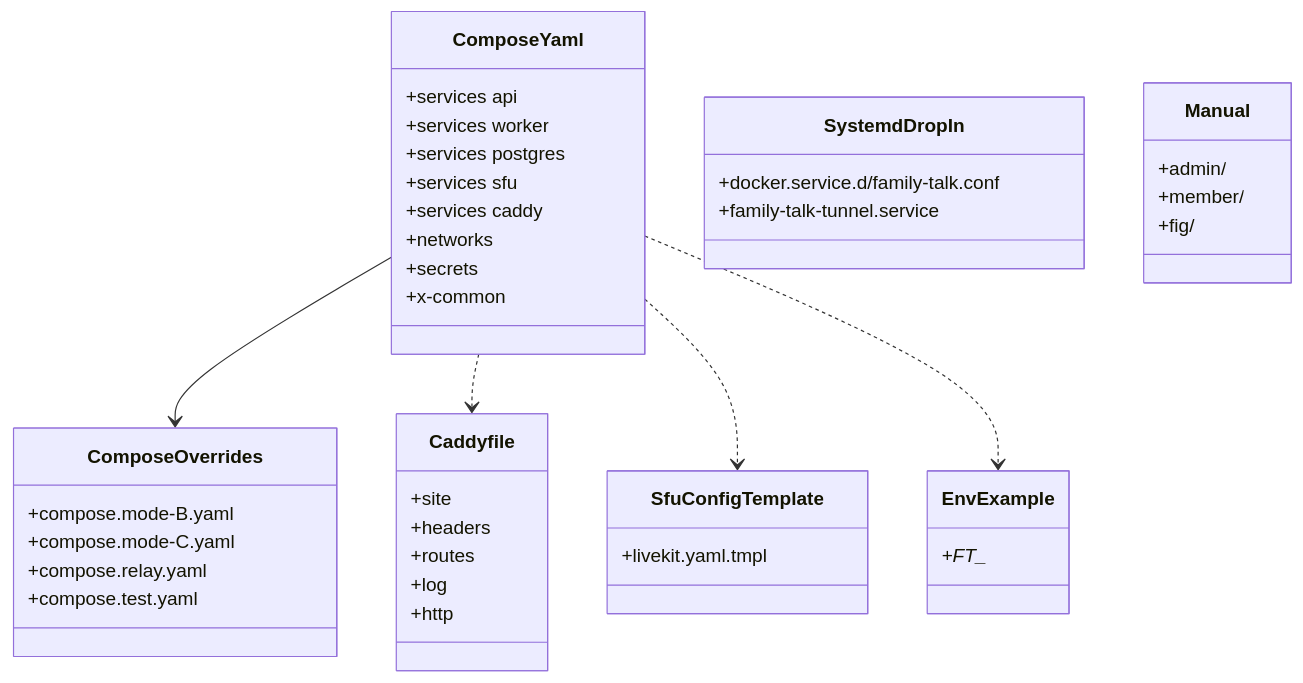
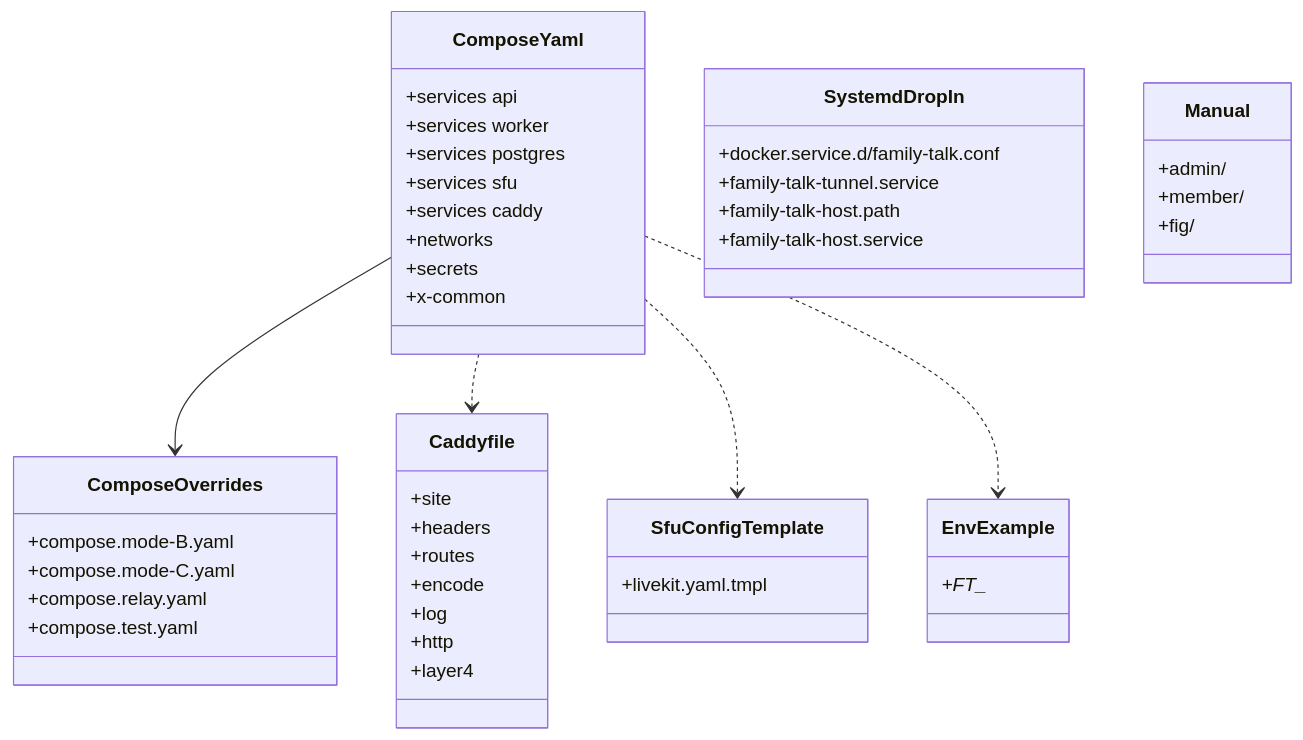
The diagram in dev/docs/jp/ブロック/deploy.md (nrsd-ishikawasou/family-talk-pwa), drawn with Mermaid before and after one commit. The commit also changed other lines of this file and 290 other files, not shown here.

````diff
--- a/dev/docs/jp/ブロック/deploy.md
+++ b/dev/docs/jp/ブロック/deploy.md
@@ -19,45 +38,49 @@
 ```mermaid
 classDiagram
   class ComposeYaml {
     +services api
     +services worker
     +services postgres
     +services sfu
     +services caddy
     +networks
     +secrets
     +x-common
   }
   class ComposeOverrides {
     +compose.mode-B.yaml
     +compose.mode-C.yaml
     +compose.relay.yaml
     +compose.test.yaml
   }
   class Caddyfile {
     +site
     +headers
     +routes
+    +encode
     +log
     +http
+    +layer4
   }
   class SfuConfigTemplate {
     +livekit.yaml.tmpl
   }
   class EnvExample {
     +FT_*
   }
   class SystemdDropIn {
     +docker.service.d/family-talk.conf
     +family-talk-tunnel.service
+    +family-talk-host.path
+    +family-talk-host.service
   }
   class Manual {
     +admin/
     +member/
     +fig/
   }
   ComposeYaml --> ComposeOverrides
   ComposeYaml ..> Caddyfile
   ComposeYaml ..> SfuConfigTemplate
   ComposeYaml ..> EnvExample
 ```
````
